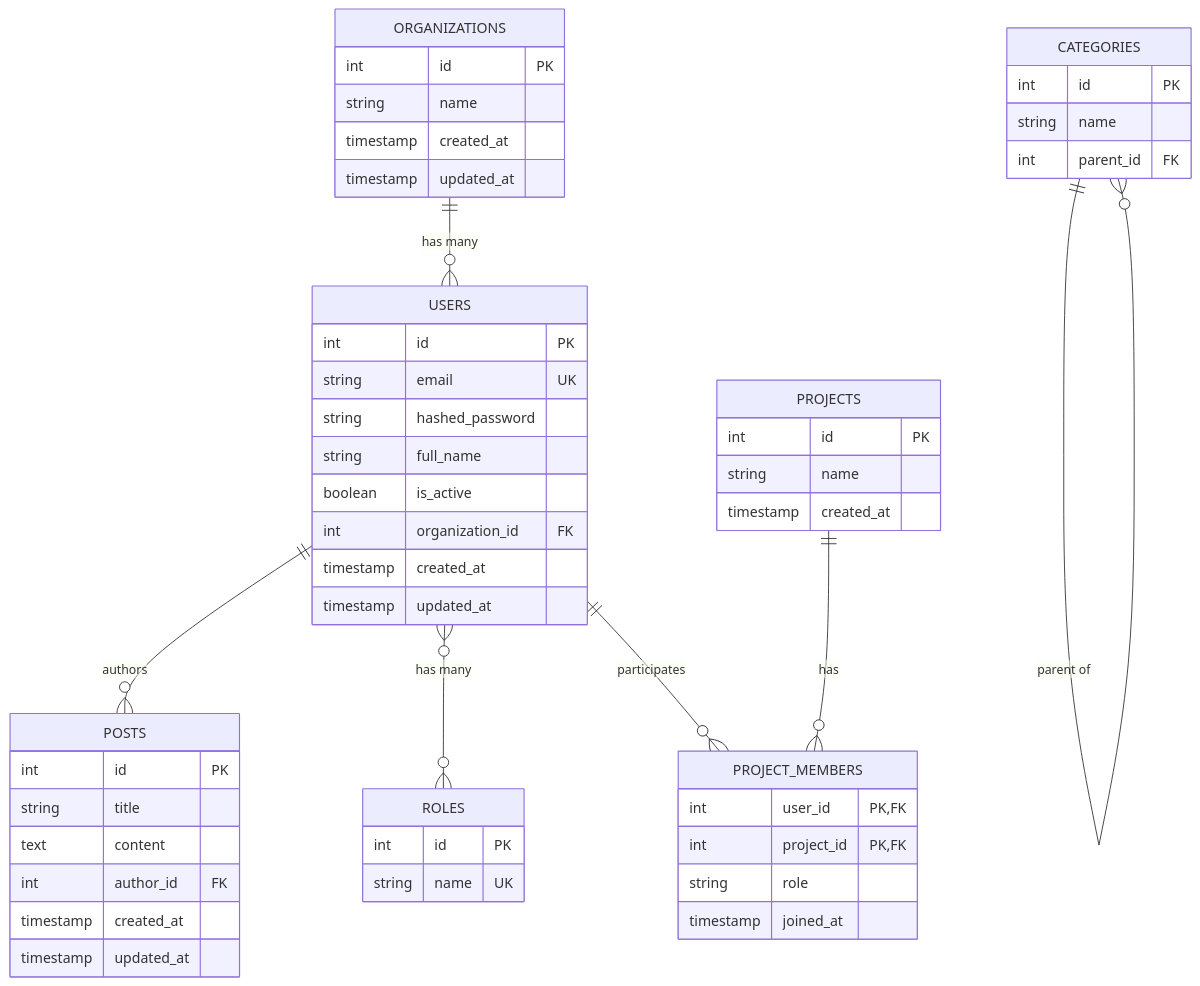
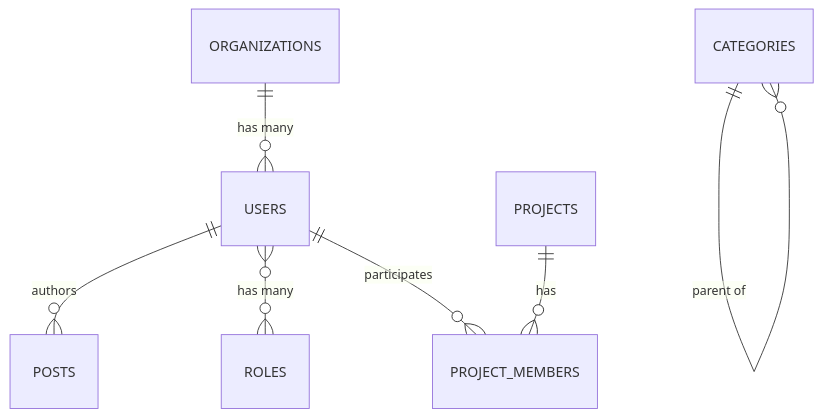
Before and after one commit to jeremy-newhouse/eck-e2e-weather-app: the diagram in .claude/context/standards/database-standards.md, drawn with Mermaid. The commit also changed other lines of this file and 53 other files, not shown here.

````diff
--- a/.claude/context/standards/database-standards.md
+++ b/.claude/context/standards/database-standards.md
@@ -1491,60 +1765,9 @@
 ```mermaid
 erDiagram
     ORGANIZATIONS ||--o{ USERS : "has many"
     USERS ||--o{ POSTS : "authors"
     USERS }o--o{ ROLES : "has many"
     USERS ||--o{ PROJECT_MEMBERS : "participates"
     PROJECTS ||--o{ PROJECT_MEMBERS : "has"
     CATEGORIES ||--o{ CATEGORIES : "parent of"
-
-    ORGANIZATIONS {
-        int id PK
-        string name
-        timestamp created_at
-        timestamp updated_at
-    }
-
-    USERS {
-        int id PK
-        string email UK
-        string hashed_password
-        string full_name
-        boolean is_active
-        int organization_id FK
-        timestamp created_at
-        timestamp updated_at
-    }
-
-    ROLES {
-        int id PK
-        string name UK
-    }
-
-    POSTS {
-        int id PK
-        string title
-        text content
-        int author_id FK
-        timestamp created_at
-        timestamp updated_at
-    }
-
-    PROJECTS {
-        int id PK
-        string name
-        timestamp created_at
-    }
-
-    PROJECT_MEMBERS {
-        int user_id PK,FK
-        int project_id PK,FK
-        string role
-        timestamp joined_at
-    }
-
-    CATEGORIES {
-        int id PK
-        string name
-        int parent_id FK
-    }
 ```
````
